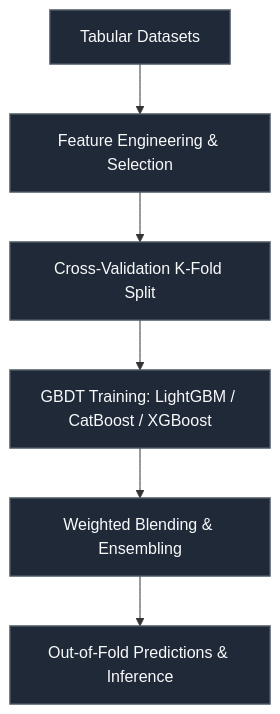
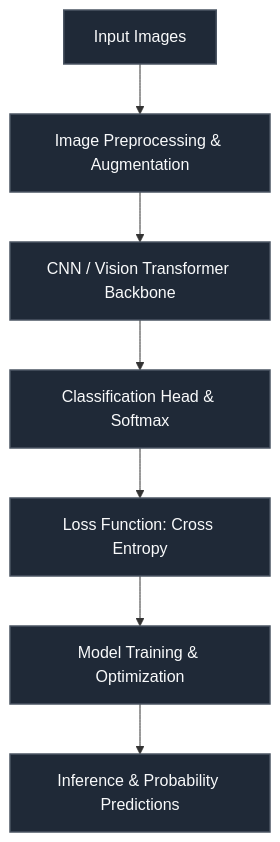
One commit to RAFIRE-ESSE/Detect-AI-vs-Human-Generated-Images changed the diagram in README.md. Above: the diagram before and after it, drawn with Mermaid. The commit also changed other lines of this file, not shown here.

````diff
--- a/README.md
+++ b/README.md
@@ -29,14 +25,16 @@
 ```mermaid
 flowchart TD
-    Data[Tabular Datasets] --> Features[Feature Engineering & Selection]
-    Features --> CV[Cross-Validation K-Fold Split]
-    CV --> GBDT[GBDT Training: LightGBM / CatBoost / XGBoost]
-    GBDT --> Ensemble[Weighted Blending & Ensembling]
-    Ensemble --> Pred[Out-of-Fold Predictions & Inference]
-    style Data fill:#1f2937,stroke:#4b5563,stroke-width:1.5px,color:#f9fafb
-    style Features fill:#1f2937,stroke:#4b5563,stroke-width:1.5px,color:#f9fafb
-    style CV fill:#1f2937,stroke:#4b5563,stroke-width:1.5px,color:#f9fafb
-    style GBDT fill:#1f2937,stroke:#4b5563,stroke-width:1.5px,color:#f9fafb
-    style Ensemble fill:#1f2937,stroke:#4b5563,stroke-width:1.5px,color:#f9fafb
+    Images[Input Images] --> Pre[Image Preprocessing & Augmentation]
+    Pre --> Encoder[CNN / Vision Transformer Backbone]
+    Encoder --> Head[Classification Head & Softmax]
+    Head --> Loss[Loss Function: Cross Entropy]
+    Loss --> Train[Model Training & Optimization]
+    Train --> Pred[Inference & Probability Predictions]
+    style Images fill:#1f2937,stroke:#4b5563,stroke-width:1.5px,color:#f9fafb
+    style Pre fill:#1f2937,stroke:#4b5563,stroke-width:1.5px,color:#f9fafb
+    style Encoder fill:#1f2937,stroke:#4b5563,stroke-width:1.5px,color:#f9fafb
+    style Head fill:#1f2937,stroke:#4b5563,stroke-width:1.5px,color:#f9fafb
+    style Loss fill:#1f2937,stroke:#4b5563,stroke-width:1.5px,color:#f9fafb
+    style Train fill:#1f2937,stroke:#4b5563,stroke-width:1.5px,color:#f9fafb
     style Pred fill:#1f2937,stroke:#4b5563,stroke-width:1.5px,color:#f9fafb
 ```
````
